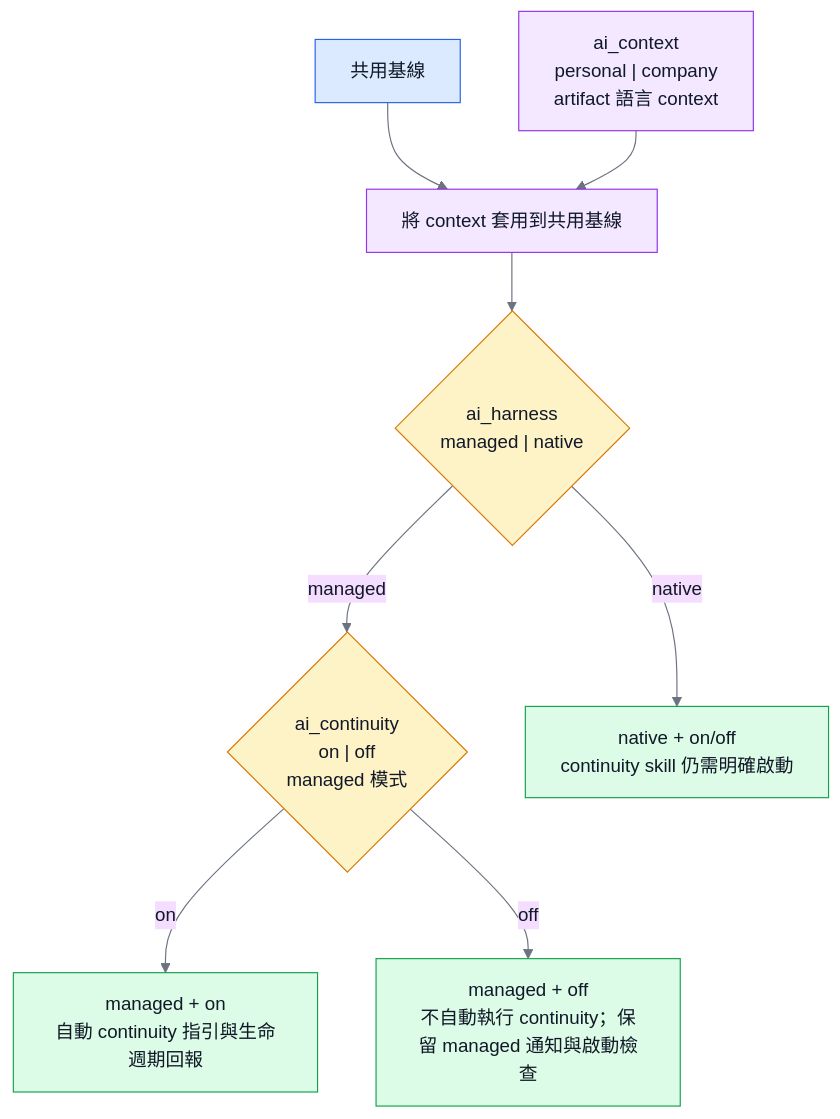
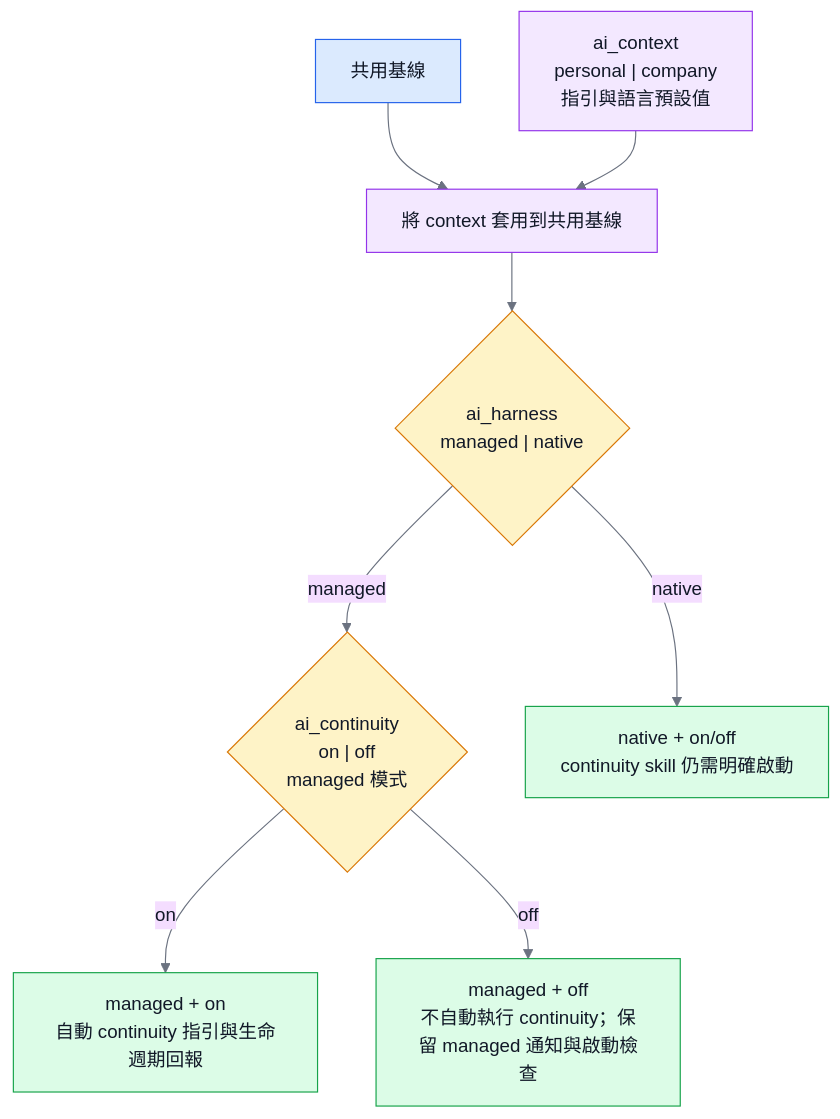
The second of 4 diagrams in README.zh-TW.md (sherrilla71940/dotfiles), drawn with Mermaid before and after one commit. The commit also changed other lines of this file and 18 other files, not shown here.

````diff
--- a/README.zh-TW.md
+++ b/README.zh-TW.md
@@ -104,40 +104,40 @@
 ```mermaid
 %%{init: {"theme": "base", "themeVariables": {"primaryTextColor": "#111827", "nodeTextColor": "#111827", "textColor": "#111827", "lineColor": "#6b7280"}, "flowchart": {"useMaxWidth": true}}}%%
 flowchart TB
     baseline["共用基線"]:::base
-    context["ai_context<br/>personal | company<br/>artifact 語言 context"]:::choice
+    context["ai_context<br/>personal | company<br/>指引與語言預設值"]:::choice
     profile["將 context 套用到共用基線"]:::process
     harness{"ai_harness<br/>managed | native"}:::decision
     continuity{"ai_continuity<br/>on | off<br/>managed 模式"}:::decision
     managedOn["managed + on<br/>自動 continuity 指引與生命週期回報"]:::result
     managedOff["managed + off<br/>不自動執行 continuity；保留 managed 通知與啟動檢查"]:::result
     native["native + on/off<br/>continuity skill 仍需明確啟動"]:::result
 
     baseline --> profile
     context --> profile
     profile --> harness
     harness -->|"managed"| continuity
     continuity -->|"on"| managedOn
     continuity -->|"off"| managedOff
     harness -->|"native"| native
 
     classDef base fill:#dbeafe,stroke:#2563eb,color:#111827
     classDef choice fill:#f3e8ff,stroke:#9333ea,color:#111827
     classDef process fill:#f3e8ff,stroke:#9333ea,color:#111827
     classDef decision fill:#fef3c7,stroke:#d97706,color:#111827
     classDef check fill:#f3f4f6,stroke:#4b5563,color:#111827
     classDef result fill:#dcfce7,stroke:#16a34a,color:#111827
     class baseline base
     class context choice
     class profile process
     class harness,continuity decision
     class managedOn,managedOff,native result
     style baseline color:#111827
     style context color:#111827
     style profile color:#111827
     style harness color:#111827
     style continuity color:#111827
     style managedOn color:#111827
     style managedOff color:#111827
     style native color:#111827
 ```
````
